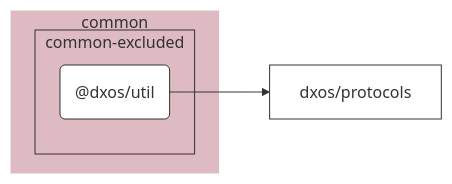
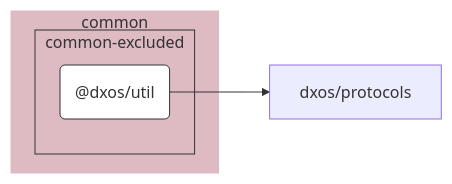
The diagram in packages/common/util/docs/README.md (dxos/dxos), drawn with Mermaid before and after one commit. The commit also changed 84 other files, not shown here.

````diff
--- a/packages/common/util/docs/README.md
+++ b/packages/common/util/docs/README.md
@@ -7,25 +7,25 @@
 ```mermaid
 %%{ init: {'flowchart':{'curve':'basis'}} }%%
 
 flowchart LR
 
 %% Classes
-classDef default fill:#fff,stroke:#333,stroke-width:1px
+classDef def fill:#fff,stroke:#333,stroke-width:1px
 classDef root fill:#fff,stroke:#333,stroke-width:4px
 
 %% Nodes
 
 subgraph common [common]
   style common fill:#debac2,stroke:#fff
 
   subgraph common-excluded [common-excluded]
     style common-excluded fill:#debac2,stroke:#333,stroke-dashed:5 5
-    dxos/util("@dxos/util"):::default
+    dxos/util("@dxos/util"):::def
     click dxos/util "dxos/dxos/tree/main/packages/common/util/docs"
   end
 end
 
 %% Links
 linkStyle default stroke:#333,stroke-width:1px
 dxos/util --> dxos/protocols
 ```
````
